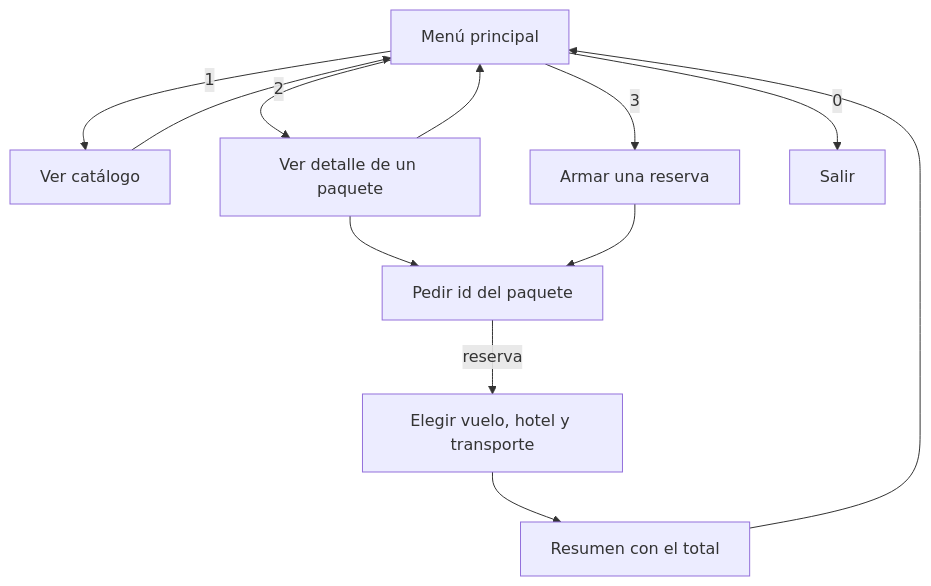
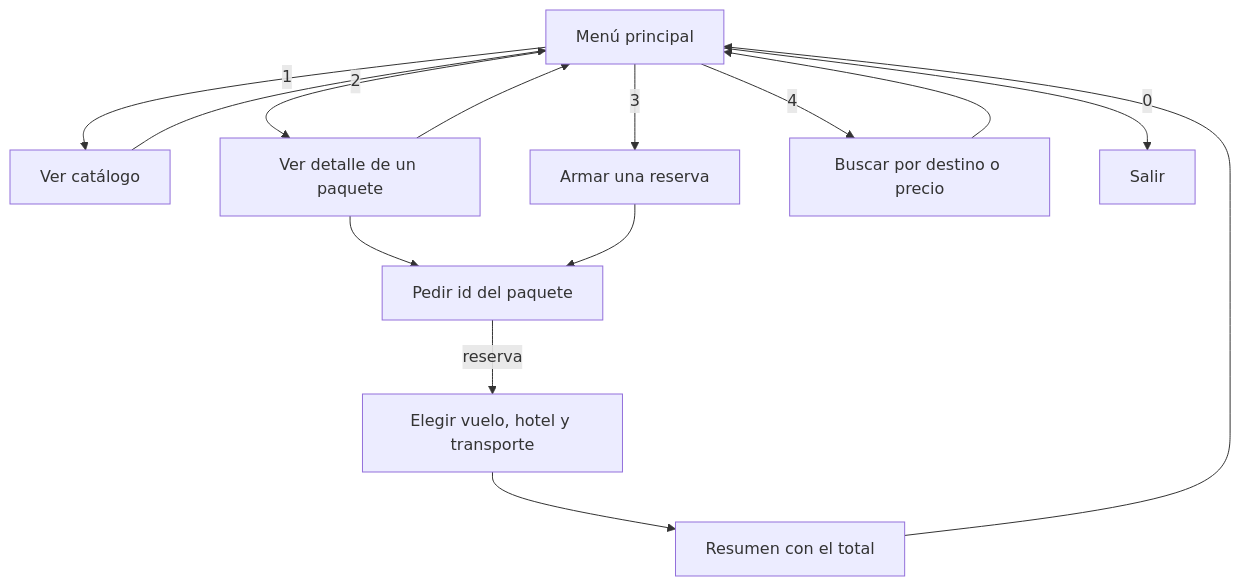
One commit to sierrajuan2005/travelgo changed the second of 2 diagrams in docs/Diagramas/Wireframes.md. Above: the diagram before and after it, drawn with Mermaid. The commit also changed other lines of this file, not shown here.

````diff
--- a/docs/Diagramas/Wireframes.md
+++ b/docs/Diagramas/Wireframes.md
@@ -135,15 +137,17 @@
 ```mermaid
 flowchart TD
     Menu["Menú principal"]
     Menu -->|"1"| Catalogo["Ver catálogo"]
     Menu -->|"2"| Detalle["Ver detalle de un paquete"]
     Menu -->|"3"| Reserva["Armar una reserva"]
+    Menu -->|"4"| Buscar["Buscar por destino o precio"]
+    Buscar --> Menu
     Menu -->|"0"| Salir["Salir"]
     Detalle --> Id["Pedir id del paquete"]
     Reserva --> Id
     Id -->|"reserva"| Servicios["Elegir vuelo, hotel y transporte"]
     Servicios --> Resumen["Resumen con el total"]
     Catalogo --> Menu
     Detalle --> Menu
     Resumen --> Menu
 ```
````
